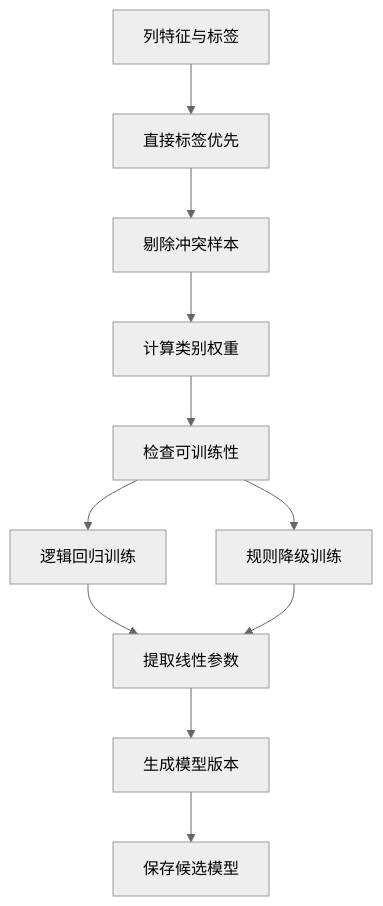
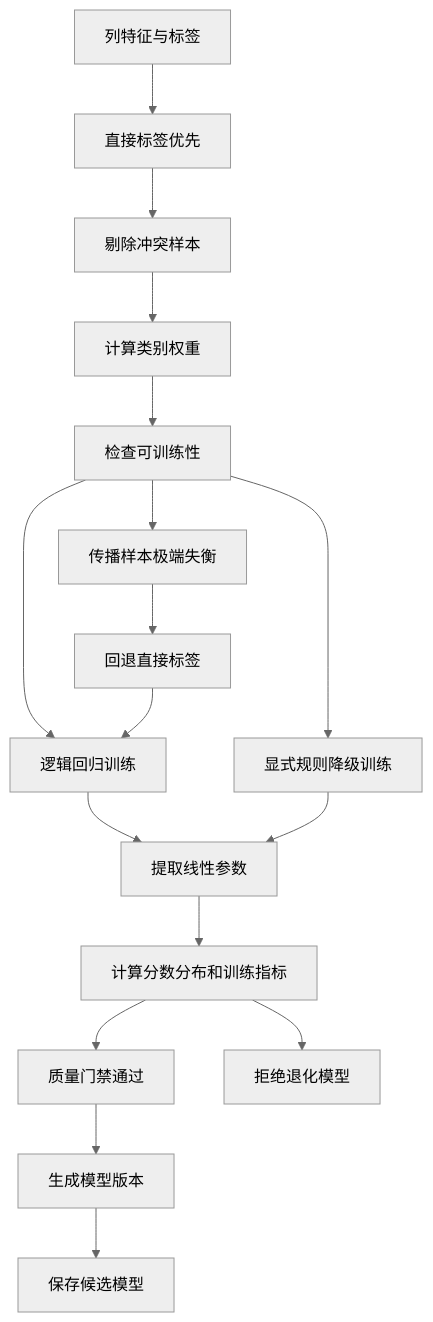
Before and after one commit to 18963603561/fmdb_udf_raha: the ninth of 14 diagrams in doc/20260715/Raha工程-源码完整分析-202607150943.md, drawn with Mermaid (neutral theme). The commit also changed other lines of this file and 12 other files, not shown here.

````diff
--- a/doc/20260715/Raha工程-源码完整分析-202607150943.md
+++ b/doc/20260715/Raha工程-源码完整分析-202607150943.md
@@ -826,13 +907,19 @@
 ```mermaid
 graph TD;
 n01[列特征与标签] --> n02[直接标签优先];
 n02 --> n03[剔除冲突样本];
 n03 --> n04[计算类别权重];
 n04 --> n05[检查可训练性];
-n05 --> n06[逻辑回归训练];
-n05 --> n07[规则降级训练];
-n06 --> n08[提取线性参数];
+n05 --> n06[传播样本极端失衡];
+n06 --> n07[回退直接标签];
+n05 --> n08[逻辑回归训练];
+n05 --> n09[显式规则降级训练];
 n07 --> n08;
-n08 --> n09[生成模型版本];
-n09 --> n10[保存候选模型];
+n08 --> n10[提取线性参数];
+n09 --> n10;
+n10 --> n11[计算分数分布和训练指标];
+n11 --> n12[质量门禁通过];
+n12 --> n13[生成模型版本];
+n13 --> n14[保存候选模型];
+n11 --> n15[拒绝退化模型];
 ```
````
